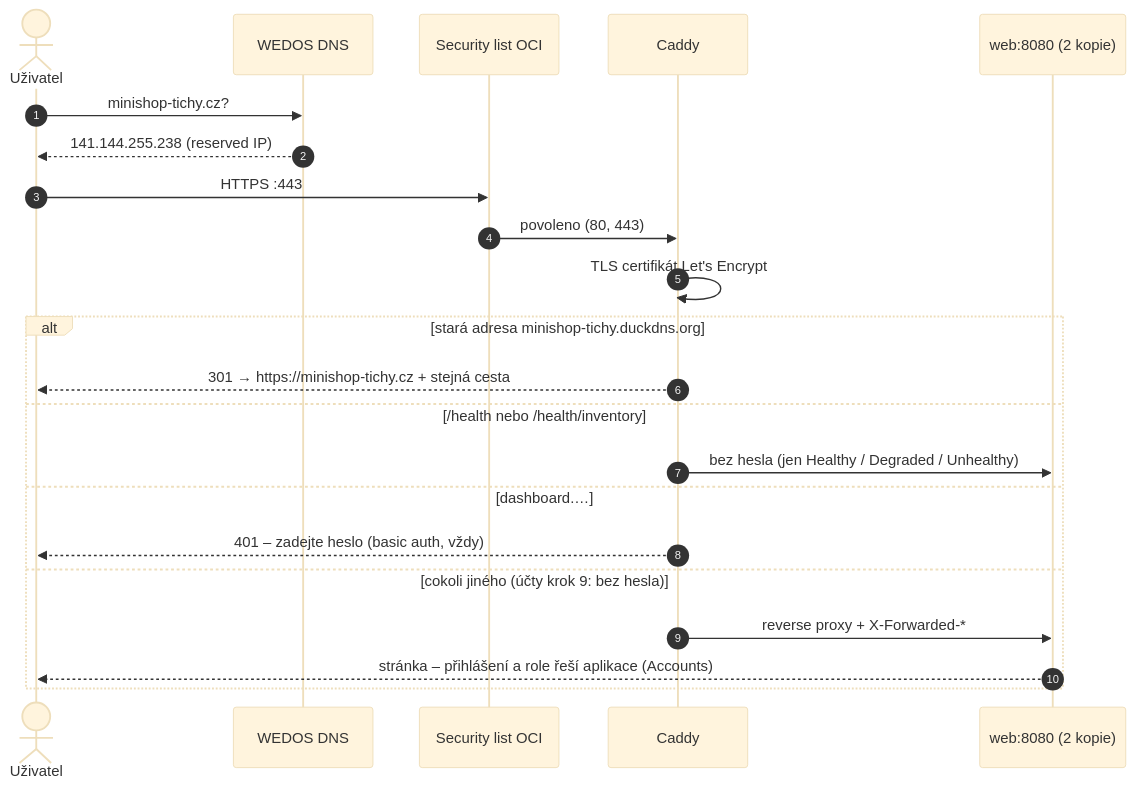
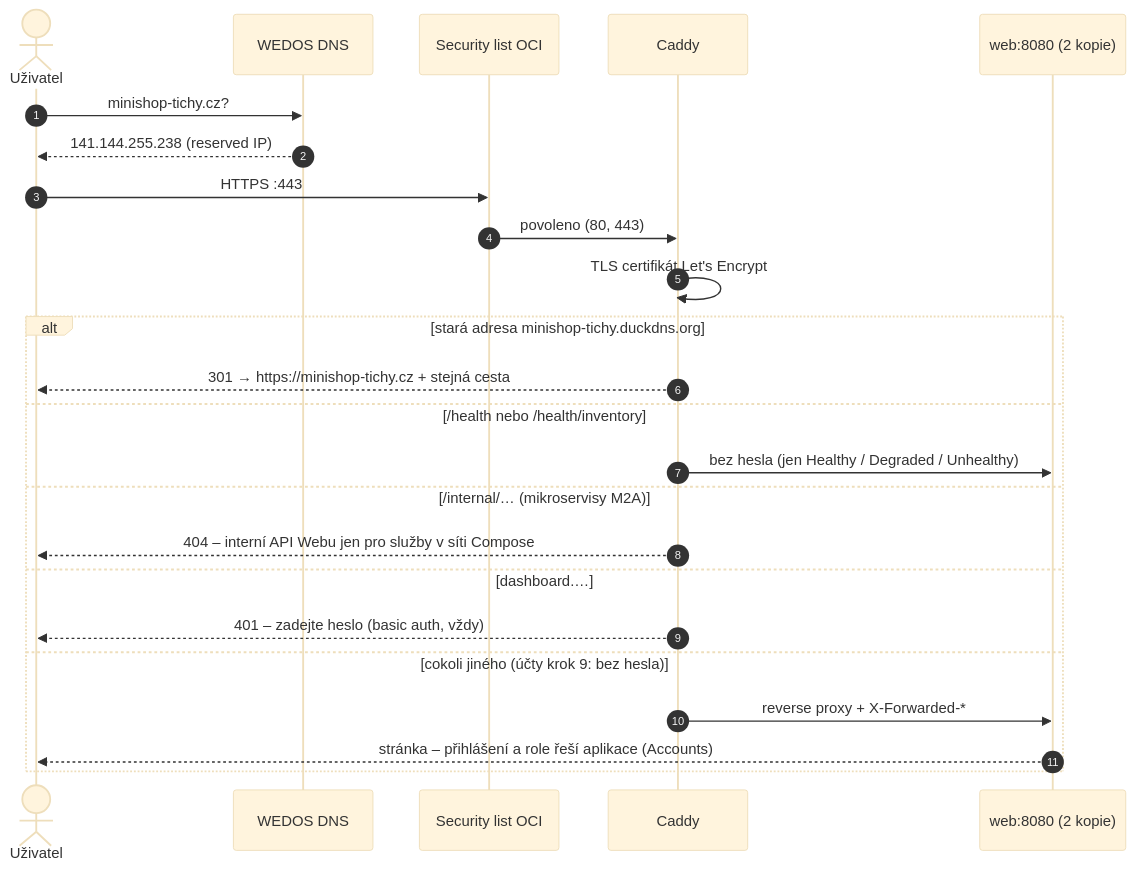
The diagram in docs/prirucka/nasazeni/https-a-pristup.md (ftichy/MiniShop), drawn with Mermaid (base theme) before and after one commit. The commit also changed other lines of this file and 23 other files, not shown here.

First line of the commit message:
MIKROSERVISY M2A: interní API Webu pro Notifications

````diff
--- a/docs/prirucka/nasazeni/https-a-pristup.md
+++ b/docs/prirucka/nasazeni/https-a-pristup.md
@@ -13,25 +13,27 @@
 ```mermaid
 sequenceDiagram
     autonumber
     actor U as Uživatel
     participant D as WEDOS DNS
     participant SL as Security list OCI
     participant C as Caddy
     participant W as web:8080 (2 kopie)
 
     U->>D: minishop-tichy.cz?
     D-->>U: 141.144.255.238 (reserved IP)
     U->>SL: HTTPS :443
     SL->>C: povoleno (80, 443)
     C->>C: TLS certifikát Let's Encrypt
     alt stará adresa minishop-tichy.duckdns.org
         C-->>U: 301 → https://minishop-tichy.cz + stejná cesta
     else /health nebo /health/inventory
         C->>W: bez hesla (jen Healthy / Degraded / Unhealthy)
+    else /internal/… (mikroservisy M2A)
+        C-->>U: 404 – interní API Webu jen pro služby v síti Compose
     else dashboard.…
         C-->>U: 401 – zadejte heslo (basic auth, vždy)
     else cokoli jiného (účty krok 9: bez hesla)
         C->>W: reverse proxy + X-Forwarded-*
         W-->>U: stránka – přihlášení a role řeší aplikace (Accounts)
     end
 ```
````
